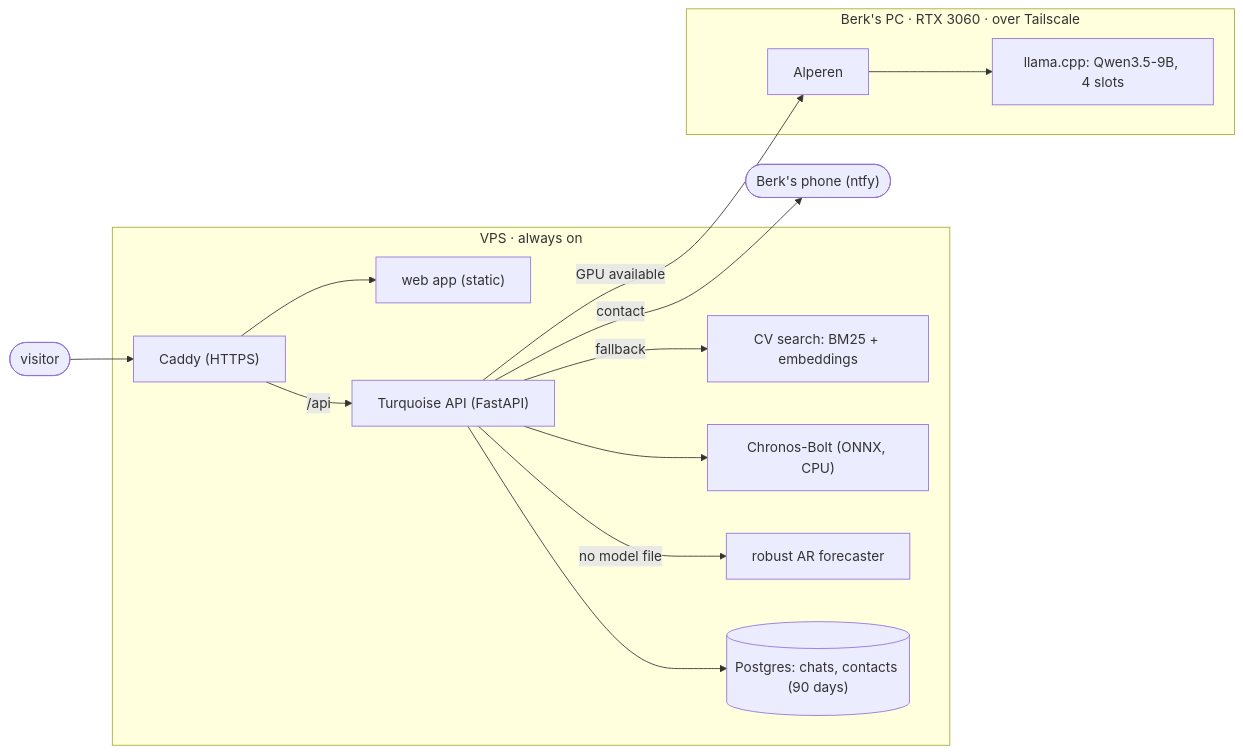
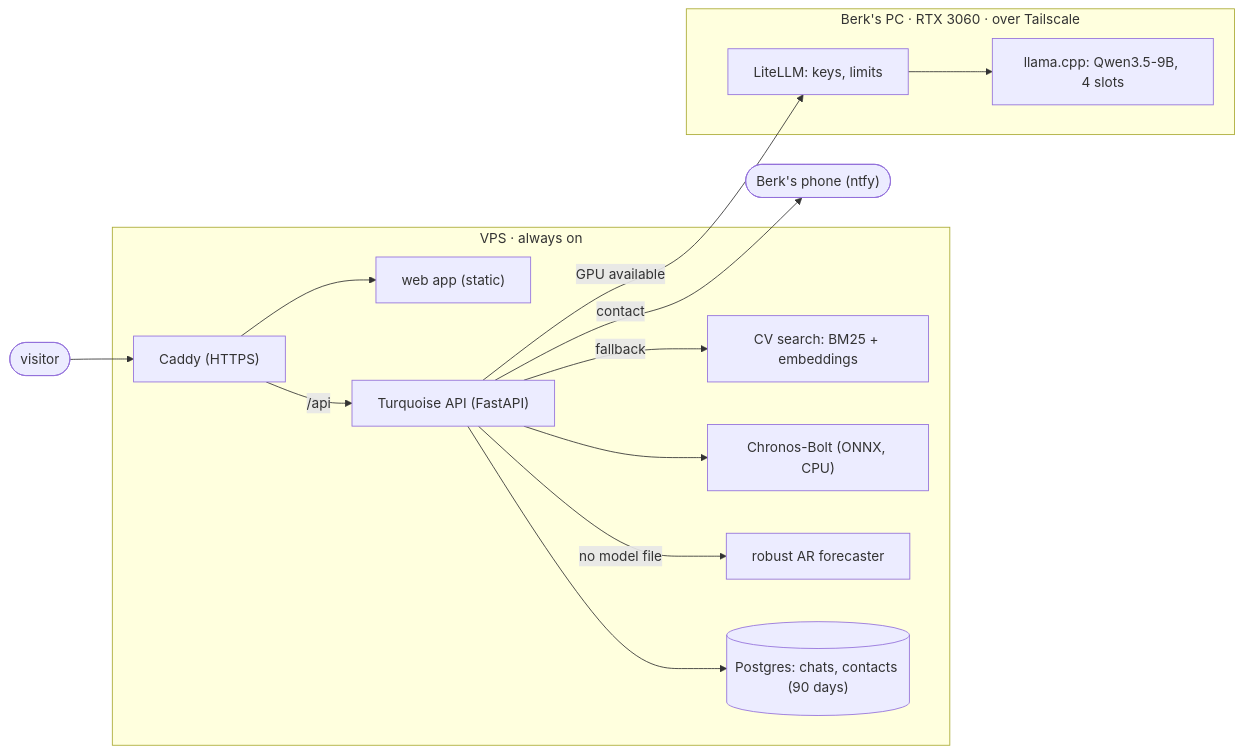
The diagram in docs/architecture.md (berkmonder/turquoise), drawn with Mermaid before and after one commit. The commit also changed other lines of this file and 10 other files, not shown here.

Commit message:
The chat's model settings are LLM_URL, LLM_KEY, LLM_MODEL (default: `default`): the PC's model API is LiteLLM, no longer Alperen

````diff
--- a/docs/architecture.md
+++ b/docs/architecture.md
@@ -8,26 +8,26 @@
 ```mermaid
 flowchart LR
   visitor(["visitor"])
   subgraph vps["VPS · always on"]
     caddy["Caddy (HTTPS)"]
     web["web app (static)"]
     api["Turquoise API (FastAPI)"]
     search["CV search: BM25 + embeddings"]
     chronos["Chronos-Bolt (ONNX, CPU)"]
     ar["robust AR forecaster"]
     pg[("Postgres: chats, contacts (90 days)")]
   end
   subgraph pc["Berk's PC · RTX 3060 · over Tailscale"]
-    alperen["Alperen"]
+    gateway["LiteLLM: keys, limits"]
     llama["llama.cpp: Qwen3.5-9B, 4 slots"]
   end
   phone(["Berk's phone (ntfy)"])
   visitor --> caddy --> web
   caddy -- "/api" --> api
-  api -- "GPU available" --> alperen --> llama
+  api -- "GPU available" --> gateway --> llama
   api -- "fallback" --> search
   api --> chronos
   api -- "no model file" --> ar
   api --> pg
   api -- "contact" --> phone
 ```
````
